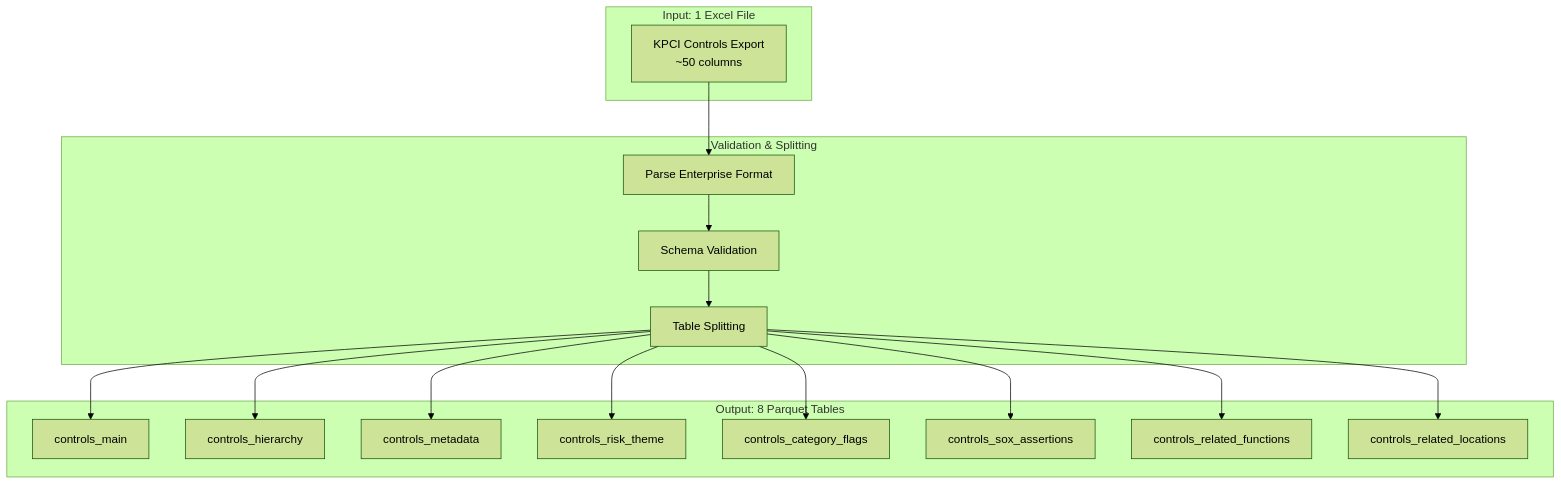
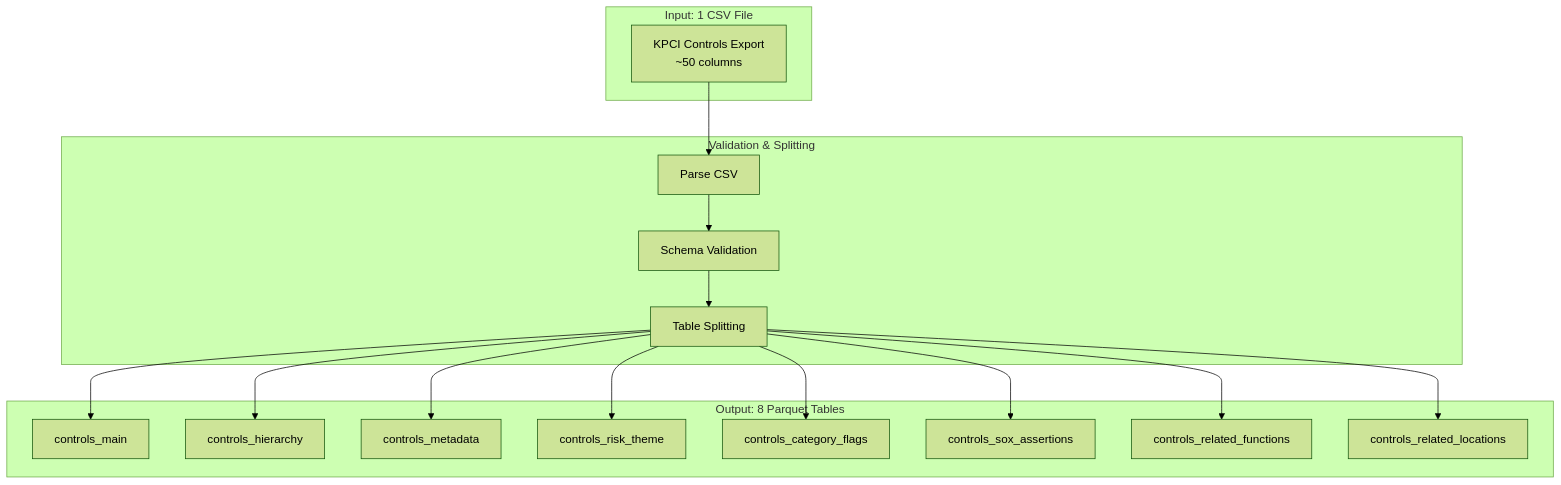
One commit to white07S/application changed the first of 5 diagrams in docs/pipelines/controls-pipeline.md. Above: the diagram before and after it, drawn with Mermaid (forest theme). The commit also changed other lines of this file and 28 other files, not shown here.

````diff
--- a/docs/pipelines/controls-pipeline.md
+++ b/docs/pipelines/controls-pipeline.md
@@ -13,35 +13,35 @@
 ```mermaid
 flowchart TB
-    subgraph Input["Input: 1 Excel File"]
-        EXCEL[KPCI Controls Export<br/>~50 columns]
+    subgraph Input["Input: 1 CSV File"]
+        CSV[KPCI Controls Export<br/>~50 columns]
     end
 
     subgraph Validation["Validation & Splitting"]
-        PARSE[Parse Enterprise Format]
+        PARSE[Parse CSV]
         VALIDATE[Schema Validation]
         SPLIT[Table Splitting]
     end
 
     subgraph Output["Output: 8 Parquet Tables"]
         MAIN[controls_main]
         HIER[controls_hierarchy]
         META[controls_metadata]
         RISK[controls_risk_theme]
         CAT[controls_category_flags]
         SOX[controls_sox_assertions]
         FUNC[controls_related_functions]
         LOC[controls_related_locations]
     end
 
-    EXCEL --> PARSE
+    CSV --> PARSE
     PARSE --> VALIDATE
     VALIDATE --> SPLIT
     SPLIT --> MAIN
     SPLIT --> HIER
     SPLIT --> META
     SPLIT --> RISK
     SPLIT --> CAT
     SPLIT --> SOX
     SPLIT --> FUNC
     SPLIT --> LOC
 ```
````
